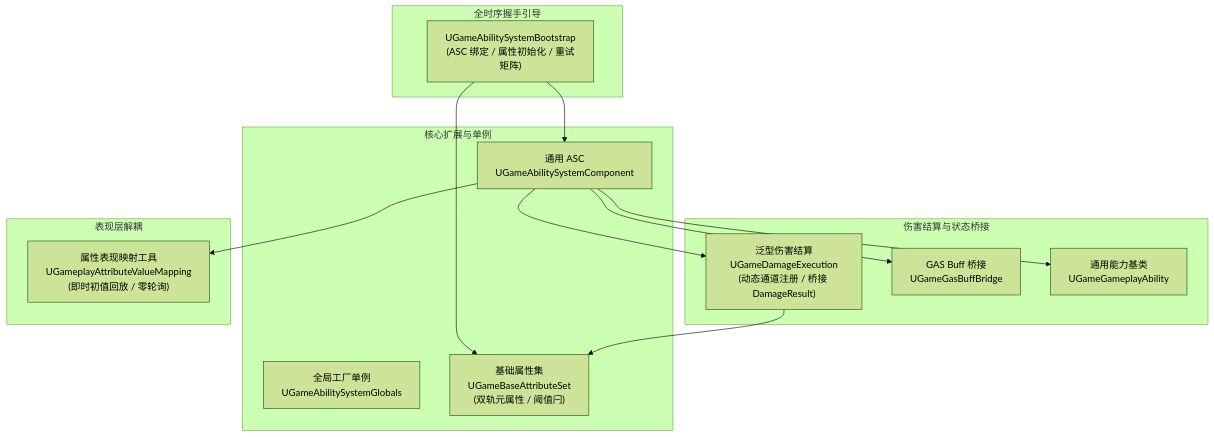
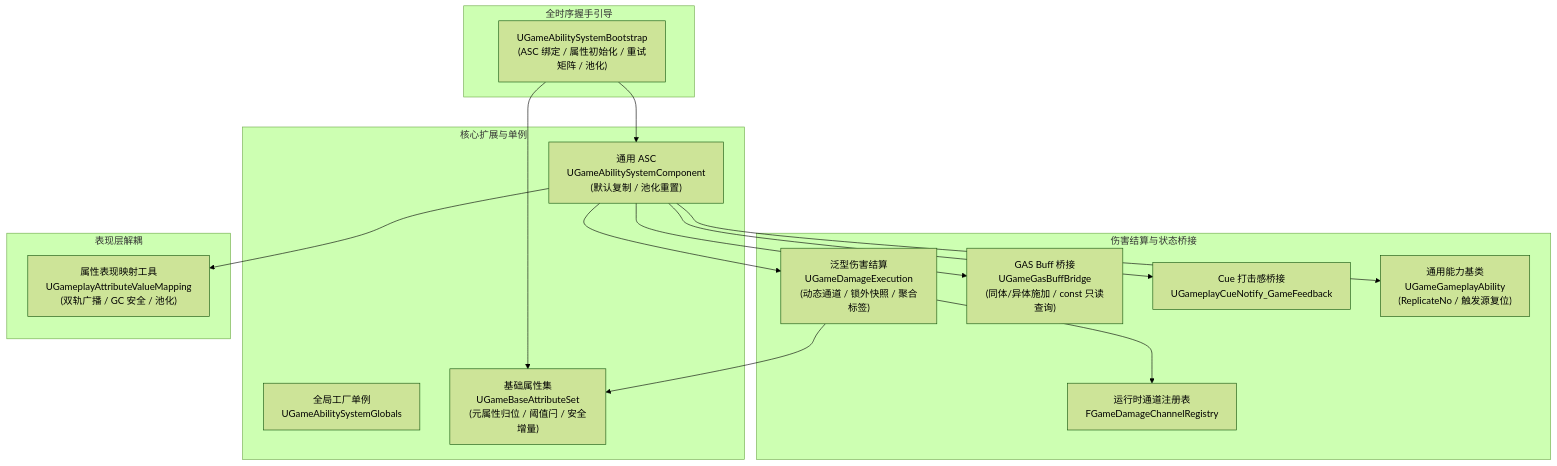
Before and after one commit to YIice-cwj/ue5-toolkit: the diagram in Plugins/GameGameplay/README.md, drawn with Mermaid (forest theme). The commit also changed other lines of this file and 58 other files, not shown here.

````diff
--- a/Plugins/GameGameplay/README.md
+++ b/Plugins/GameGameplay/README.md
@@ -11,30 +11,34 @@
 ```mermaid
 graph TD
     subgraph Bootstrap["全时序握手引导"]
-        BootComp["UGameAbilitySystemBootstrap<br>(ASC 绑定 / 属性初始化 / 重试矩阵)"]
+        BootComp["UGameAbilitySystemBootstrap<br>(ASC 绑定 / 属性初始化 / 重试矩阵 / 池化)"]
     end
 
     subgraph CoreGAS["核心扩展与单例"]
-        ASC["通用 ASC<br>UGameAbilitySystemComponent"]
+        ASC["通用 ASC<br>UGameAbilitySystemComponent<br>(默认复制 / 池化重置)"]
         Globals["全局工厂单例<br>UGameAbilitySystemGlobals"]
-        AttrSet["基础属性集<br>UGameBaseAttributeSet<br>(双轨元属性 / 阈值闩)"]
+        AttrSet["基础属性集<br>UGameBaseAttributeSet<br>(元属性归位 / 阈值闩 / 安全增量)"]
     end
 
     subgraph Pipeline["伤害结算与状态桥接"]
-        ExecCalc["泛型伤害结算<br>UGameDamageExecution<br>(动态通道注册 / 桥接 DamageResult)"]
-        GasBuff["GAS Buff 桥接<br>UGameGasBuffBridge"]
-        Ability["通用能力基类<br>UGameGameplayAbility"]
+        ExecCalc["泛型伤害结算<br>UGameDamageExecution<br>(动态通道 / 锁外快照 / 聚合标签)"]
+        Registry["运行时通道注册表<br>FGameDamageChannelRegistry"]
+        GasBuff["GAS Buff 桥接<br>UGameGasBuffBridge<br>(同体/异体施加 / const 只读查询)"]
+        CueBridge["Cue 打击感桥接<br>UGameplayCueNotify_GameFeedback"]
+        Ability["通用能力基类<br>UGameGameplayAbility<br>(ReplicateNo / 触发源复位)"]
     end
 
     subgraph Presentation["表现层解耦"]
-        UIMap["属性表现映射工具<br>UGameplayAttributeValueMapping<br>(即时初值回放 / 零轮询)"]
+        UIMap["属性表现映射工具<br>UGameplayAttributeValueMapping<br>(双轨广播 / GC 安全 / 池化)"]
     end
 
     BootComp --> ASC
     BootComp --> AttrSet
     ASC --> ExecCalc
+    ExecCalc --> Registry
     ExecCalc --> AttrSet
     ASC --> GasBuff
+    ASC --> CueBridge
     ASC --> Ability
     ASC --> UIMap
 ```
````
